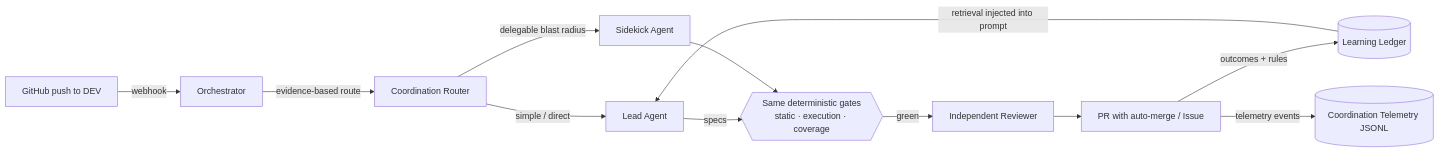
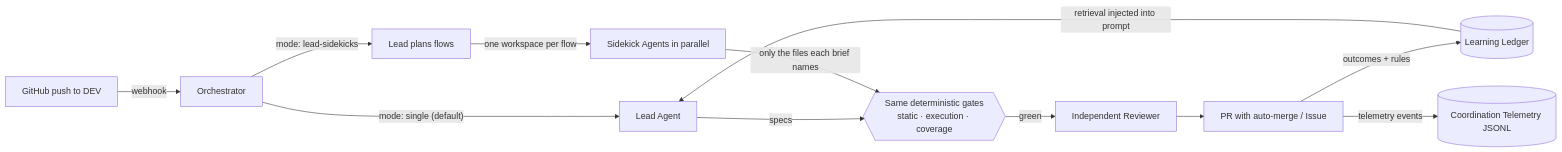
Before and after one commit to ArielFalcon/QAyaba: the diagram in README.md, drawn with Mermaid. The commit also changed other lines of this file and 5 other files, not shown here.

First line of the commit message:
docs: describe the lead/sidekick mode and how to compare it with single

````diff
--- a/README.md
+++ b/README.md
@@ -70,14 +70,14 @@
 ```mermaid
 flowchart LR
     GH["GitHub push to DEV"] -->|webhook| O[Orchestrator]
-    O -->|"evidence-based route"| CO[Coordination Router]
-    CO -->|"simple / direct"| LEAD[Lead Agent]
-    CO -->|"delegable blast radius"| SK[Sidekick Agent]
+    O -->|"mode: single (default)"| LEAD[Lead Agent]
+    O -->|"mode: lead-sidekicks"| PL[Lead plans flows]
+    PL -->|"one workspace per flow"| SK[Sidekick Agents in parallel]
     LEAD -->|specs| V{{"Same deterministic gates\nstatic · execution · coverage"}}
-    SK --> V
+    SK -->|"only the files each brief names"| V
     V -->|green| RV[Independent Reviewer]
     RV --> DEC[PR with auto-merge / Issue]
     DEC -->|outcomes + rules| LD[(Learning Ledger)]
     DEC -->|telemetry events| TL[(Coordination Telemetry JSONL)]
     LD -->|retrieval injected into prompt| LEAD
 ```
````
